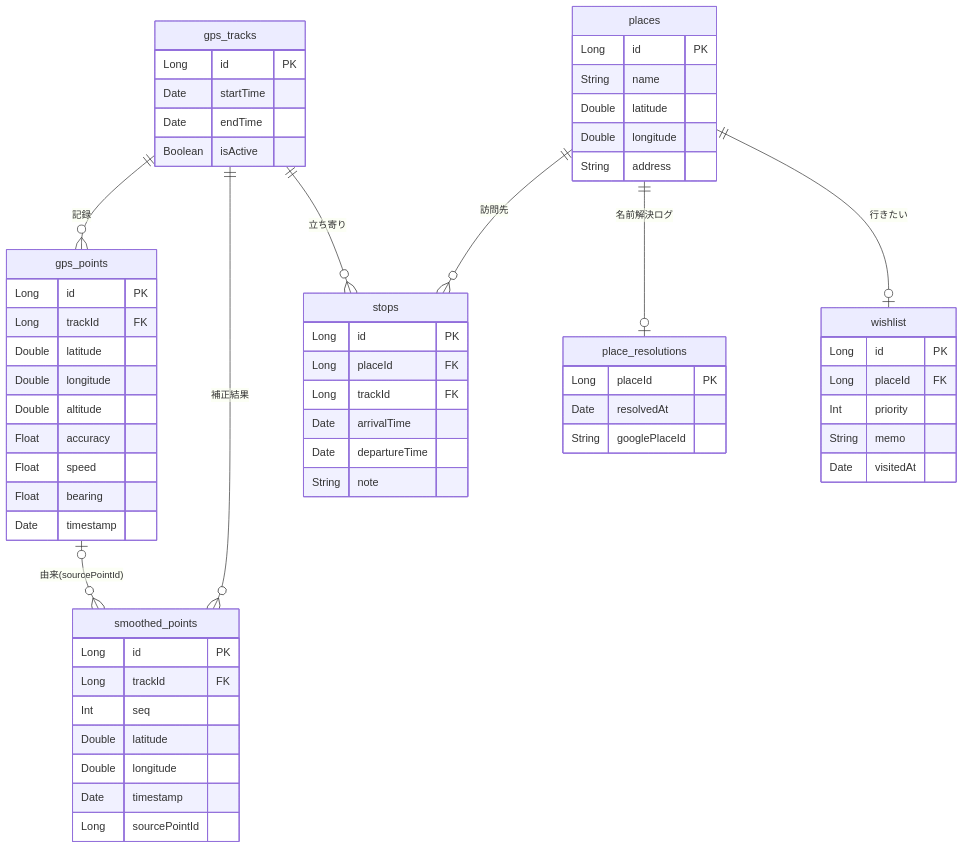
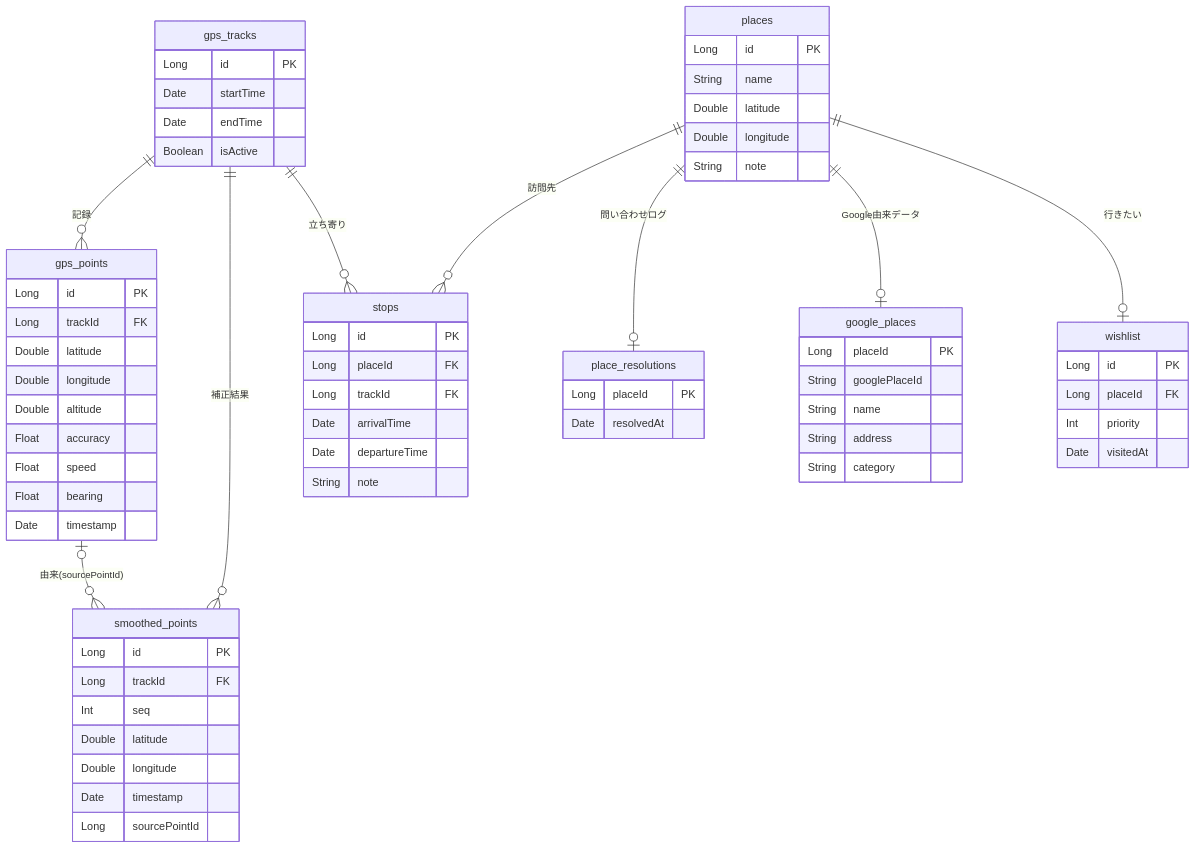
The diagram in docs/specs/model.md (y-nosuke/pathly), drawn with Mermaid before and after one commit. The commit also changed other lines of this file and 1 other file, not shown here.

````diff
--- a/docs/specs/model.md
+++ b/docs/specs/model.md
@@ -12,64 +12,70 @@
 ```mermaid
 erDiagram
   gps_tracks ||--o{ gps_points : "記録"
   gps_tracks ||--o{ smoothed_points : "補正結果"
   gps_tracks ||--o{ stops : "立ち寄り"
   places ||--o{ stops : "訪問先"
-  places ||--o| place_resolutions : "名前解決ログ"
+  places ||--o| place_resolutions : "問い合わせログ"
+  places ||--o| google_places : "Google由来データ"
   places ||--o| wishlist : "行きたい"
   gps_points |o--o{ smoothed_points : "由来(sourcePointId)"
 
   gps_tracks {
     Long id PK
     Date startTime
     Date endTime
     Boolean isActive
   }
   gps_points {
     Long id PK
     Long trackId FK
     Double latitude
     Double longitude
     Double altitude
     Float accuracy
     Float speed
     Float bearing
     Date timestamp
   }
   smoothed_points {
     Long id PK
     Long trackId FK
     Int seq
     Double latitude
     Double longitude
     Date timestamp
     Long sourcePointId
   }
   places {
     Long id PK
     String name
     Double latitude
     Double longitude
-    String address
+    String note
   }
   stops {
     Long id PK
     Long placeId FK
     Long trackId FK
     Date arrivalTime
     Date departureTime
     String note
   }
   place_resolutions {
     Long placeId PK
     Date resolvedAt
+  }
+  google_places {
+    Long placeId PK
     String googlePlaceId
+    String name
+    String address
+    String category
   }
   wishlist {
     Long id PK
     Long placeId FK
     Int priority
-    String memo
     Date visitedAt
   }
 ```
````
